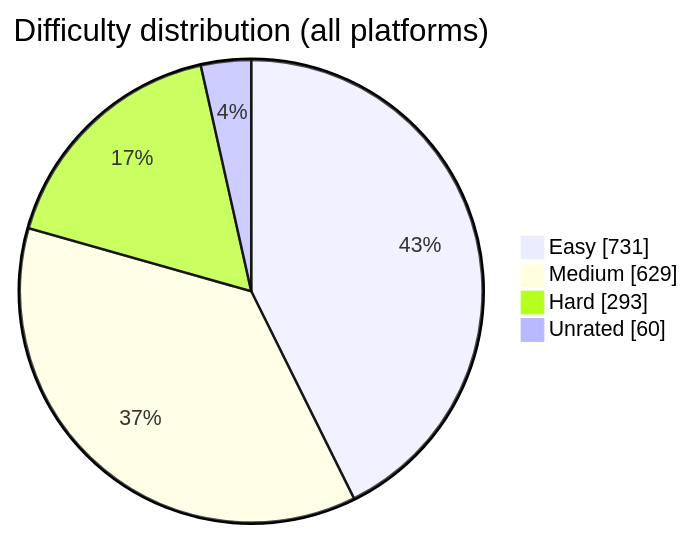
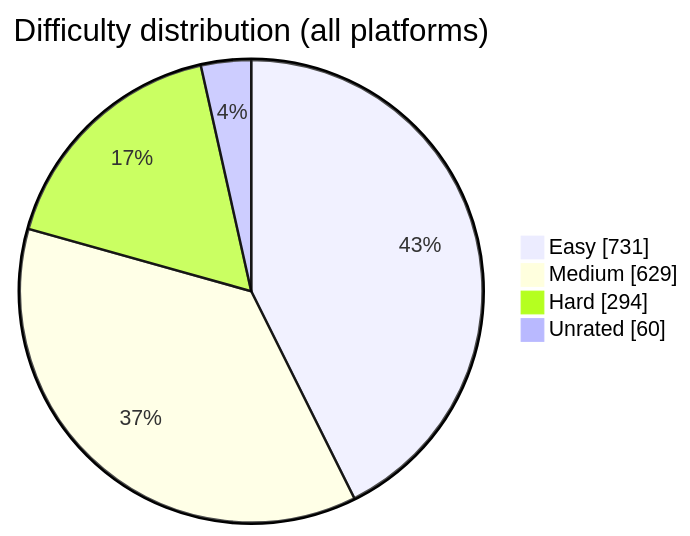
One commit to BuildbyArindam/Daily-Coding-Log changed the diagram in README.md. Above: the diagram before and after it, drawn with Mermaid. The commit also changed other lines of this file, not shown here.

````diff
--- a/README.md
+++ b/README.md
@@ -93,7 +93,7 @@
 ```mermaid
 pie showData title Difficulty distribution (all platforms)
     "Easy" : 731
     "Medium" : 629
-    "Hard" : 293
+    "Hard" : 294
     "Unrated" : 60
 ```
````
